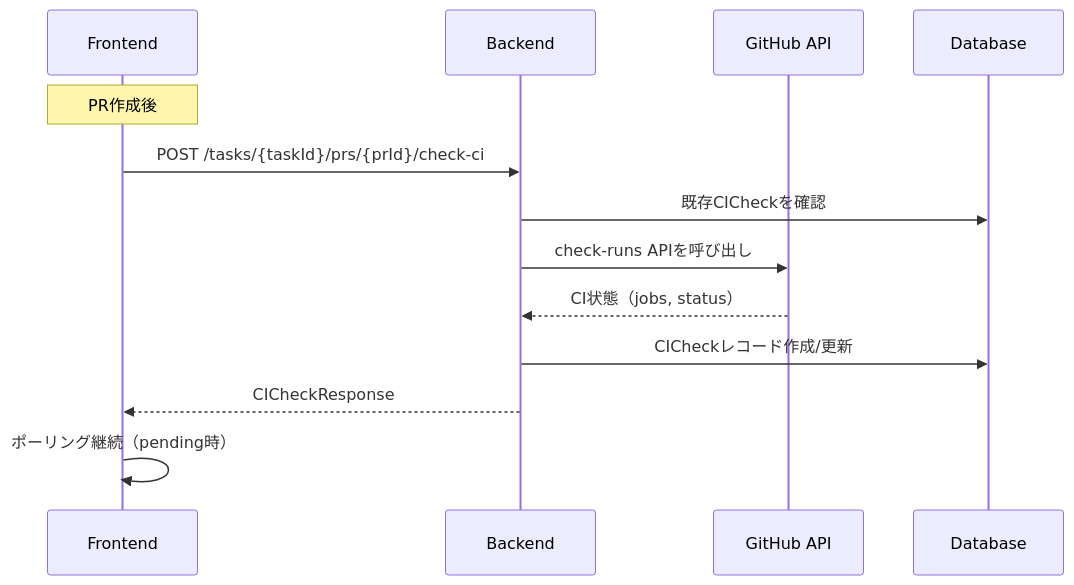
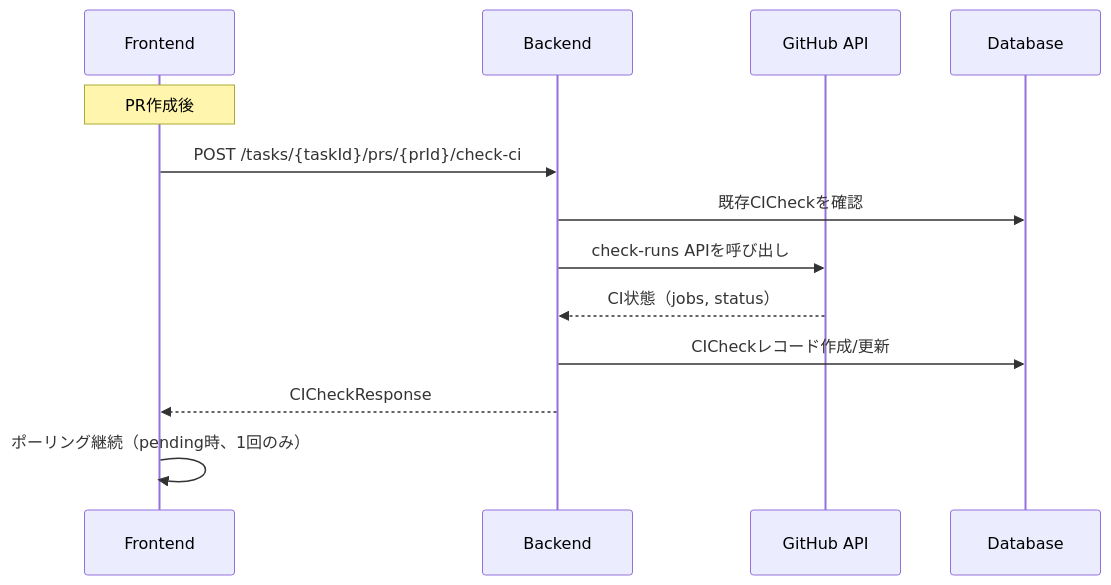
Before and after one commit to hampen2929/zloth: the diagram in docs/check_ci_behavior.md, drawn with Mermaid. The commit also changed other lines of this file, not shown here.

````diff
--- a/docs/check_ci_behavior.md
+++ b/docs/check_ci_behavior.md
@@ -44,16 +71,16 @@
 ```mermaid
 sequenceDiagram
     participant FE as Frontend
     participant BE as Backend
     participant GH as GitHub API
     participant DB as Database
 
     Note over FE: PR作成後
     FE->>BE: POST /tasks/{taskId}/prs/{prId}/check-ci
     BE->>DB: 既存CICheckを確認
     BE->>GH: check-runs APIを呼び出し
     GH-->>BE: CI状態（jobs, status）
     BE->>DB: CICheckレコード作成/更新
     BE-->>FE: CICheckResponse
-    FE->>FE: ポーリング継続（pending時）
+    FE->>FE: ポーリング継続（pending時、1回のみ）
 ```
````
